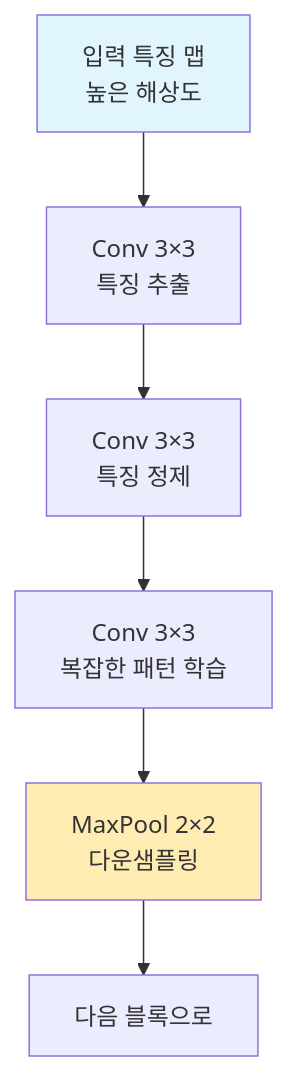
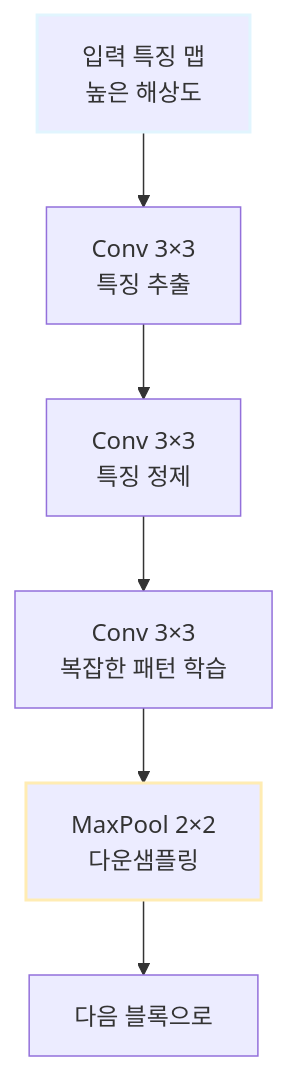
One commit to c0z0c/sprint_mission changed the third of 10 diagrams in 스터디/VGGNet_02.md. Above: the diagram before and after it, drawn with Mermaid. The commit also changed other lines of this file and 14 other files, not shown here.

````diff
--- a/스터디/VGGNet_02.md
+++ b/스터디/VGGNet_02.md
@@ -166,11 +166,11 @@
 ```mermaid
 graph TD
     A["입력 특징 맵<br/>높은 해상도"] --> B["Conv 3×3<br/>특징 추출"]
     B --> C["Conv 3×3<br/>특징 정제"]
     C --> D["Conv 3×3<br/>복잡한 패턴 학습"]
     D --> E["MaxPool 2×2<br/>다운샘플링"]
     E --> F["다음 블록으로"]
     
-    style A fill:#e1f5fe
-    style E fill:#ffecb3
+    style A stroke-width:2px,stroke:#e1f5fe
+    style E stroke-width:2px,stroke:#ffecb3
 ```
````
